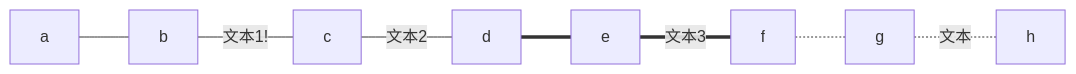
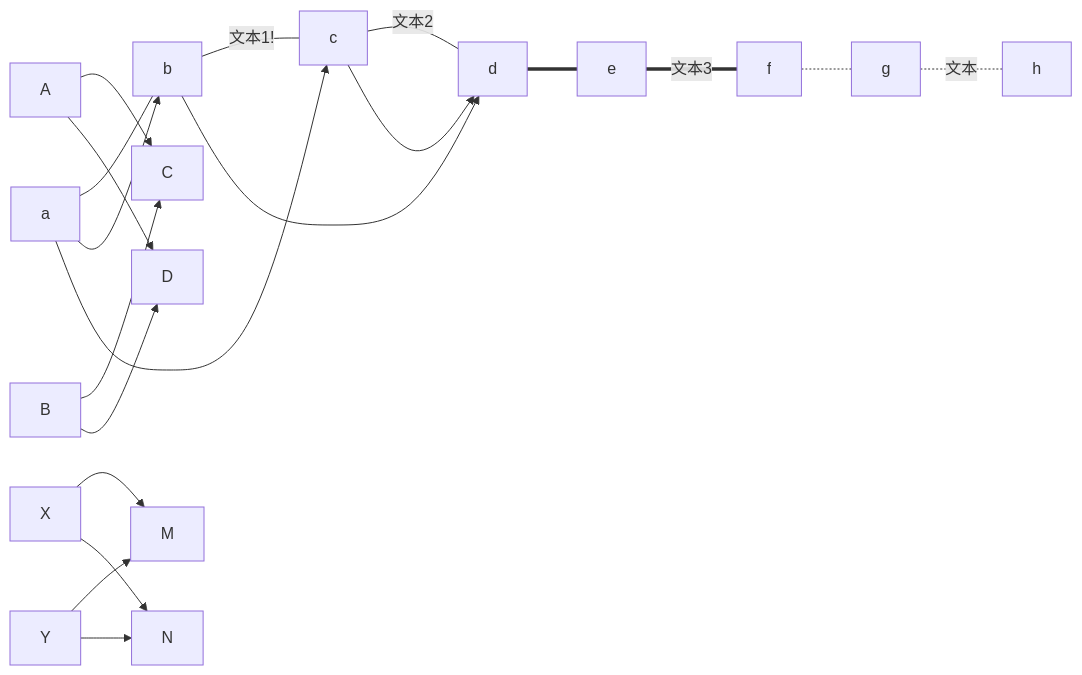
Before and after one commit to duxinglangzi/aws-appconfig-go: the diagram in README.md, drawn with Mermaid.

````diff
--- a/README.md
+++ b/README.md
@@ -23,12 +23,21 @@
 ```mermaid
 
 graph LR;
 a---b
 b--文本1!---c
 c---|文本2|d
 d===e
 e==文本3===f
 f-.-g
 g-.文本.-h
 
+ a --> b & c--> d
+   
+   A & B--> C & D
+   
+    X --> M
+    X --> N
+    Y --> M
+    Y --> N
+
 ```
````
